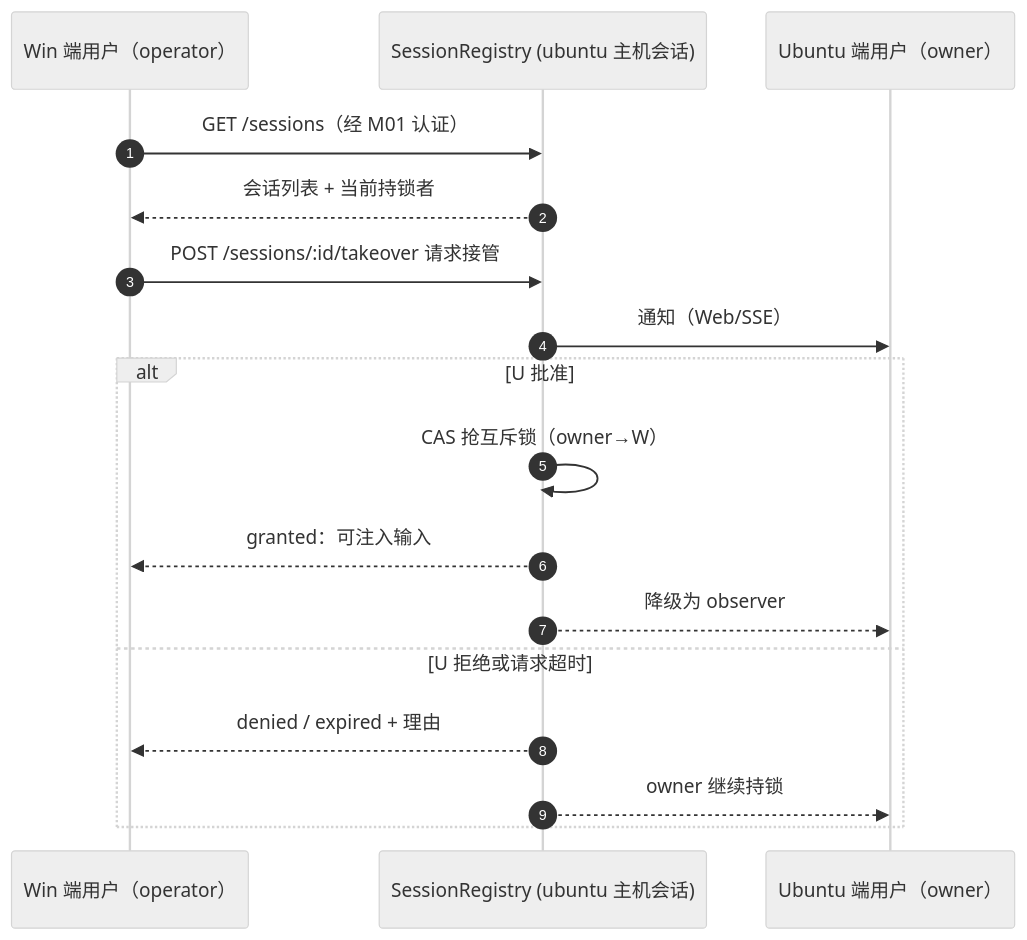
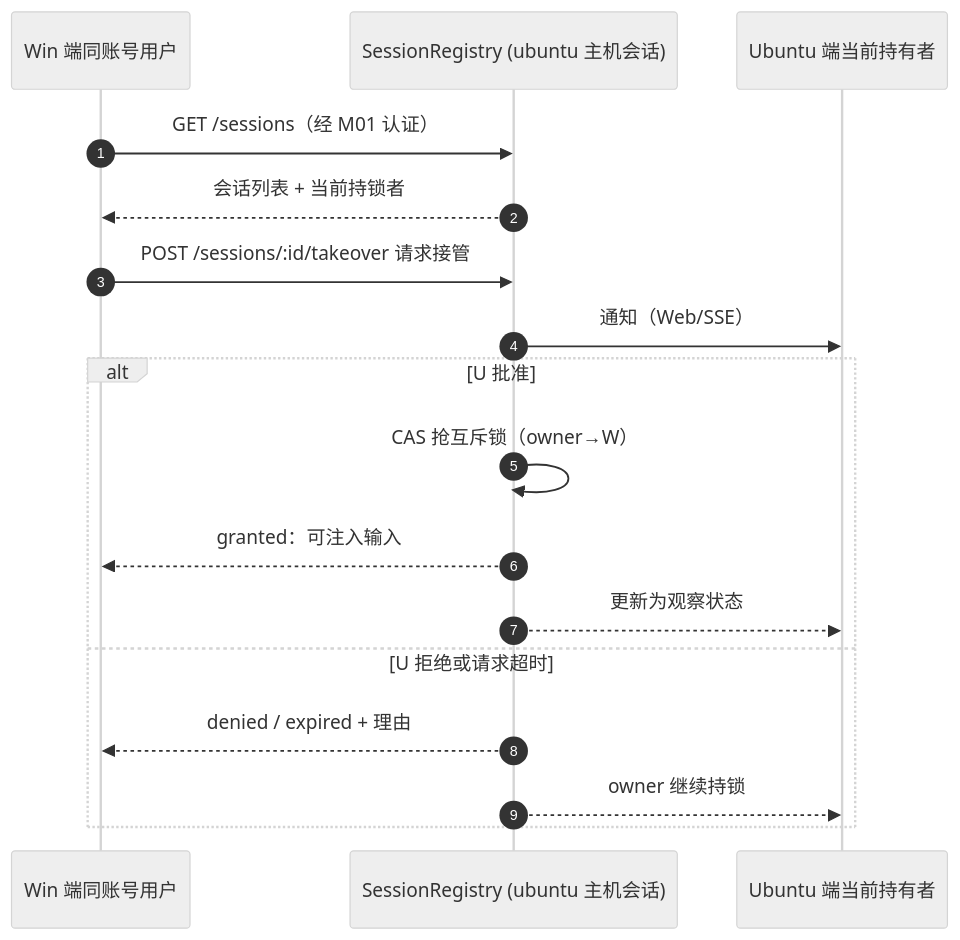
One commit to yin52133/dsh-luban changed the diagram in design/03-modules/M05-session-share.md. Above: the diagram before and after it, drawn with Mermaid (neutral theme). The commit also changed other lines of this file and 37 other files, not shown here.

````diff
--- a/design/03-modules/M05-session-share.md
+++ b/design/03-modules/M05-session-share.md
@@ -31,19 +32,19 @@
 ```mermaid
 sequenceDiagram
     autonumber
-    participant W as Win 端用户（operator）
+    participant W as Win 端同账号用户
     participant R as SessionRegistry (ubuntu 主机会话)
-    participant U as Ubuntu 端用户（owner）
+    participant U as Ubuntu 端当前持有者
     W->>R: GET /sessions（经 M01 认证）
     R-->>W: 会话列表 + 当前持锁者
     W->>R: POST /sessions/:id/takeover 请求接管
     R->>U: 通知（Web/SSE）
     alt U 批准
         R->>R: CAS 抢互斥锁（owner→W）
         R-->>W: granted：可注入输入
-        R-->>U: 降级为 observer
+        R-->>U: 更新为观察状态
     else U 拒绝或请求超时
         R-->>W: denied / expired + 理由
         R-->>U: owner 继续持锁
     end
 ```
````
